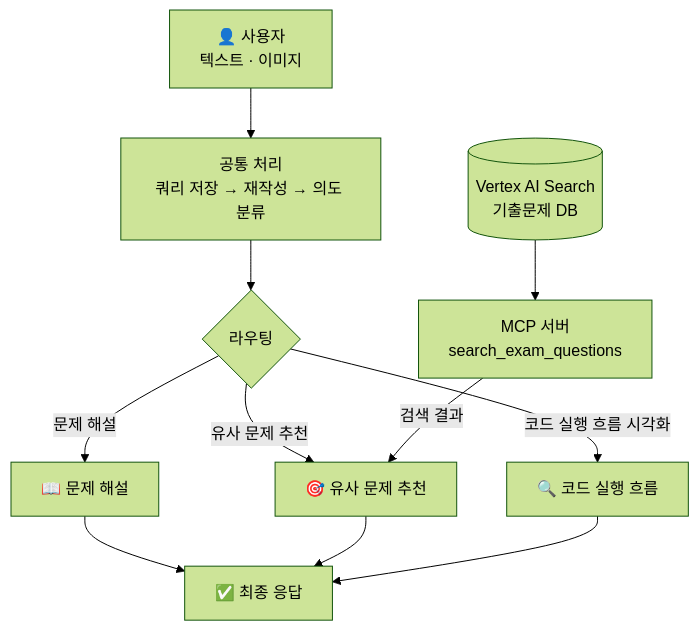
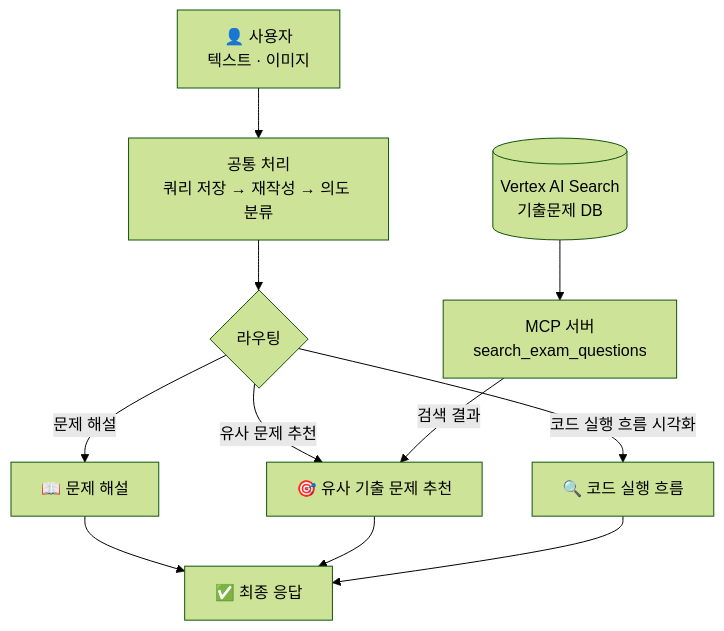
The first of 4 diagrams in docs/README.md (JangJiWon0108/smart-learning-platform-backend), drawn with Mermaid (forest theme) before and after one commit. The commit also changed other lines of this file and 19 other files, not shown here.

````diff
--- a/docs/README.md
+++ b/docs/README.md
@@ -72,26 +54,26 @@
 ```mermaid
 flowchart TD
     사용자["👤 사용자<br/>텍스트 · 이미지"]
     공통["공통 처리<br/>쿼리 저장 → 재작성 → 의도 분류"]
     라우터{"라우팅"}
     VAS[("Vertex AI Search<br/>기출문제 DB")]
 
     해설["📖 문제 해설"]
-    추천["🎯 유사 문제 추천"]
+    추천["🎯 유사 기출 문제 추천"]
     시각화["🔍 코드 실행 흐름"]
     응답["✅ 최종 응답"]
 
     사용자 --> 공통 --> 라우터
 
     라우터 -->|"문제 해설"| 해설
     라우터 -->|"유사 문제 추천"| 추천
     라우터 -->|"코드 실행 흐름 시각화"| 시각화
 
     MCP["MCP 서버<br/>search_exam_questions"]
     VAS --> MCP
     MCP -->|"검색 결과"| 추천
 
     해설 --> 응답
     추천 --> 응답
     시각화 --> 응답
 ```
````
